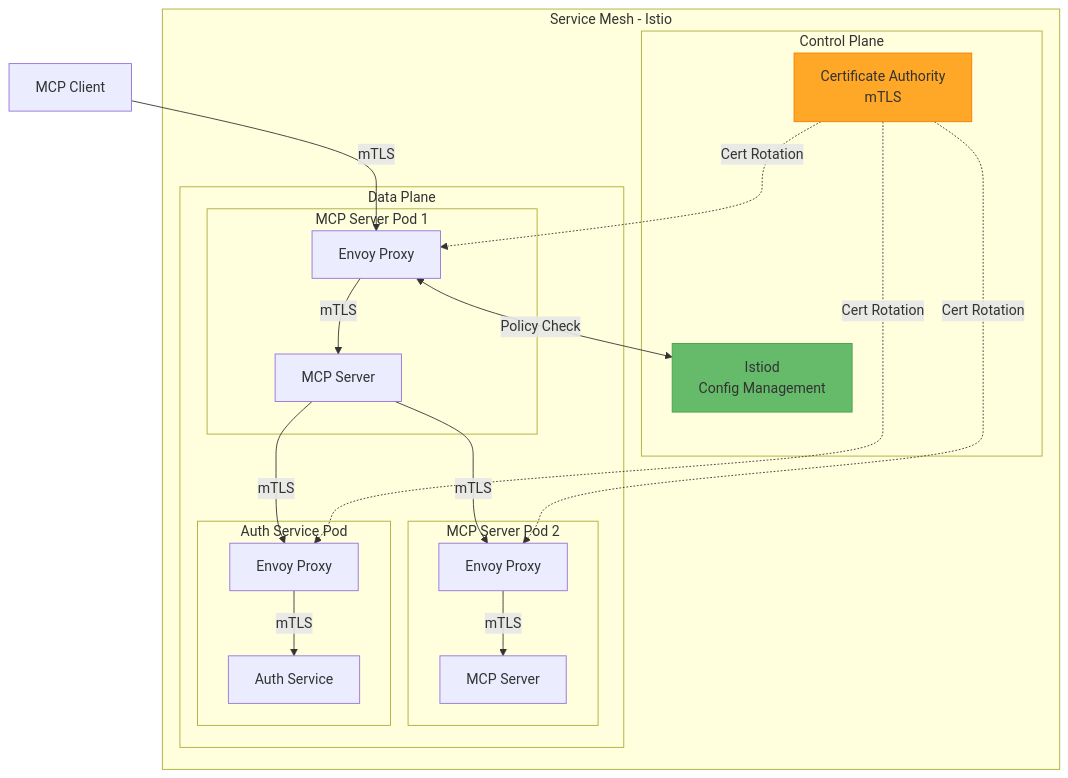
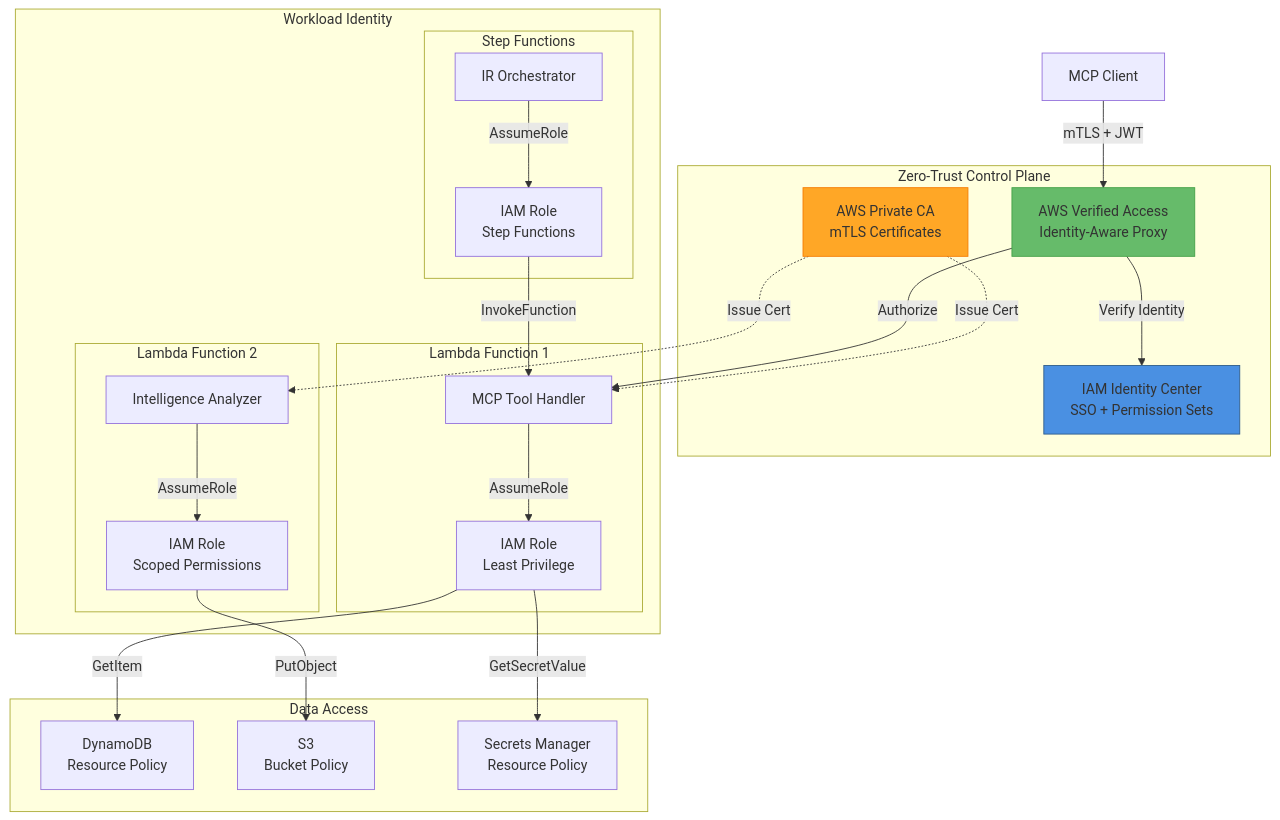
One commit to Hack23/European-Parliament-MCP-Server changed the seventh of 19 diagrams in FUTURE_SECURITY_ARCHITECTURE.md. Above: the diagram before and after it, drawn with Mermaid. The commit also changed other lines of this file, not shown here.

Commit message:
docs: expand FUTURE_SECURITY_ARCHITECTURE.md with all missing mandatory sections

````diff
--- a/FUTURE_SECURITY_ARCHITECTURE.md
+++ b/FUTURE_SECURITY_ARCHITECTURE.md
@@ -319,43 +602,51 @@
 ```mermaid
 graph TB
-    subgraph "Service Mesh - Istio"
-        subgraph "Control Plane"
-            ISTIOD[Istiod<br/>Config Management]
-            CA[Certificate Authority<br/>mTLS]
+    subgraph "Zero-Trust Control Plane"
+        VA[AWS Verified Access<br/>Identity-Aware Proxy]
+        IAM_IC[IAM Identity Center<br/>SSO + Permission Sets]
+        CA[AWS Private CA<br/>mTLS Certificates]
+    end
+
+    subgraph "Workload Identity"
+        subgraph "Lambda Function 1"
+            L1[MCP Tool Handler]
+            ROLE1[IAM Role<br/>Least Privilege]
         end
-        
-        subgraph "Data Plane"
-            subgraph "MCP Server Pod 1"
-                APP1[MCP Server]
-                ENVOY1[Envoy Proxy]
-            end
-            
-            subgraph "MCP Server Pod 2"
-                APP2[MCP Server]
-                ENVOY2[Envoy Proxy]
-            end
-            
-            subgraph "Auth Service Pod"
-                AUTH[Auth Service]
-                ENVOY3[Envoy Proxy]
-            end
+
+        subgraph "Lambda Function 2"
+            L2[Intelligence Analyzer]
+            ROLE2[IAM Role<br/>Scoped Permissions]
+        end
+
+        subgraph "Step Functions"
+            SF[IR Orchestrator]
+            ROLE3[IAM Role<br/>Step Functions]
         end
     end
-    
-    CLIENT[MCP Client] -->|mTLS| ENVOY1
-    ENVOY1 <-->|Policy Check| ISTIOD
-    ENVOY1 -->|mTLS| APP1
-    
-    APP1 -->|mTLS| ENVOY2
-    ENVOY2 -->|mTLS| APP2
-    
-    APP1 -->|mTLS| ENVOY3
-    ENVOY3 -->|mTLS| AUTH
-    
-    CA -.->|Cert Rotation| ENVOY1
-    CA -.->|Cert Rotation| ENVOY2
-    CA -.->|Cert Rotation| ENVOY3
-    
-    style ISTIOD fill:#66BB6A,stroke:#43A047
+
+    subgraph "Data Access"
+        DDB[DynamoDB<br/>Resource Policy]
+        S3[S3<br/>Bucket Policy]
+        SM[Secrets Manager<br/>Resource Policy]
+    end
+
+    CLIENT[MCP Client] -->|mTLS + JWT| VA
+    VA -->|Verify Identity| IAM_IC
+    VA -->|Authorize| L1
+
+    L1 -->|AssumeRole| ROLE1
+    L2 -->|AssumeRole| ROLE2
+    SF -->|AssumeRole| ROLE3
+
+    ROLE1 -->|GetItem| DDB
+    ROLE1 -->|GetSecretValue| SM
+    ROLE2 -->|PutObject| S3
+    ROLE3 -->|InvokeFunction| L1
+
+    CA -.->|Issue Cert| L1
+    CA -.->|Issue Cert| L2
+
+    style VA fill:#66BB6A,stroke:#43A047
+    style IAM_IC fill:#4A90E2,stroke:#2E5C8A
     style CA fill:#FFA726,stroke:#F57C00
 ```
````
